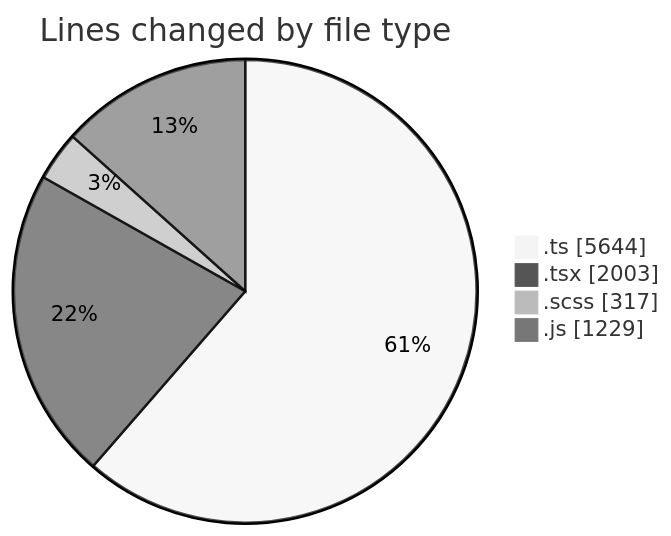
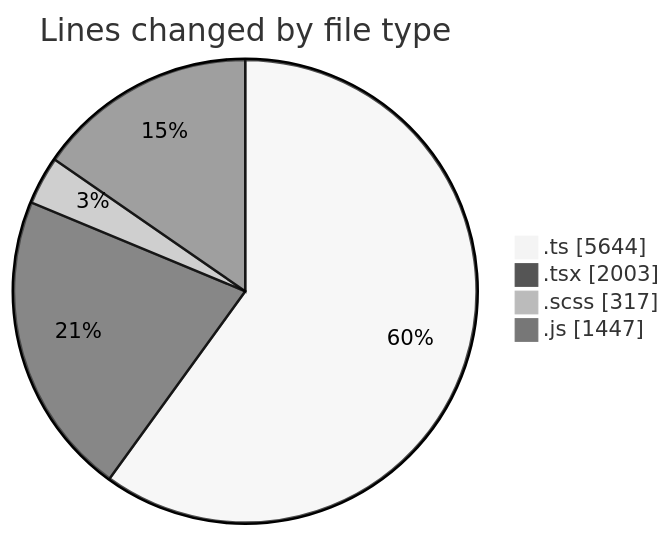
Before and after one commit to momahboobian/code-tracking: the first of 2 diagrams in 2025-03-21/cda/README.md, drawn with Mermaid (neutral theme). The commit also changed other lines of this file and 1 other file, not shown here.

````diff
--- a/2025-03-21/cda/README.md
+++ b/2025-03-21/cda/README.md
@@ -40,8 +40,8 @@
 ```mermaid
 pie showData
 title Lines changed by file type
 ".ts" : 5644
 ".tsx" : 2003
 ".scss" : 317
-".js" : 1229
+".js" : 1447
 ```
````
